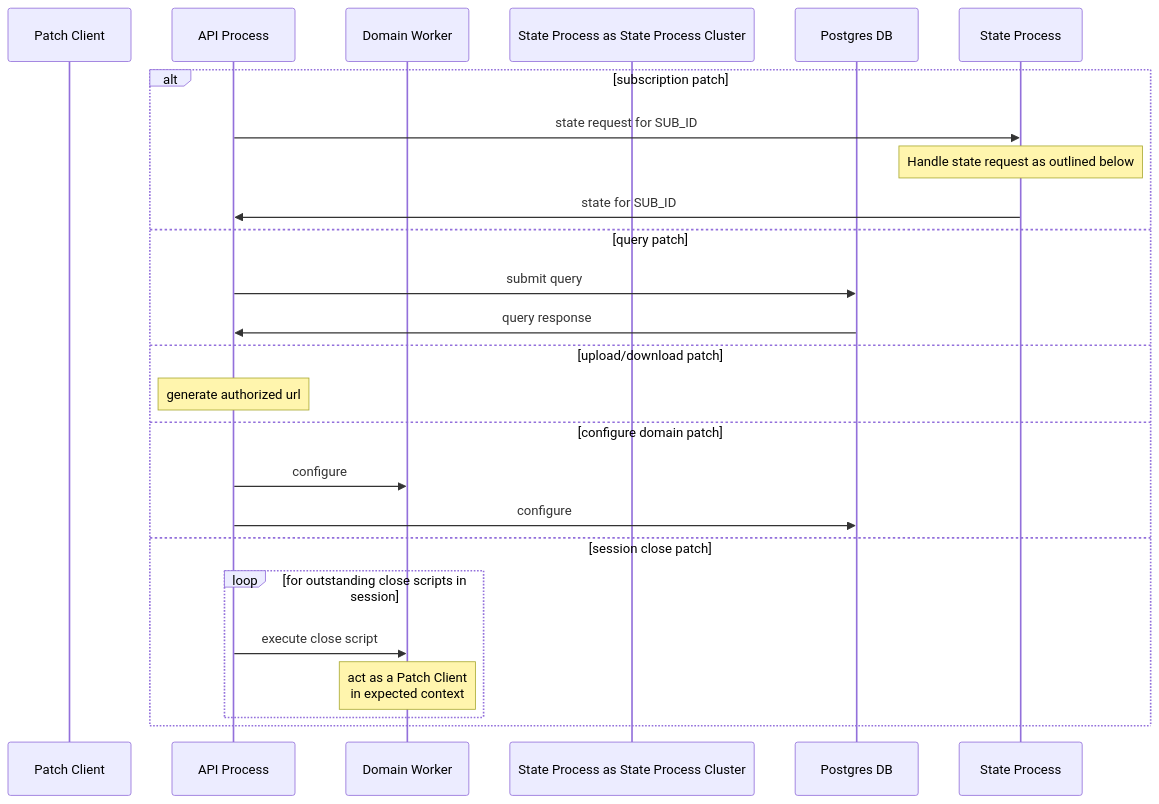
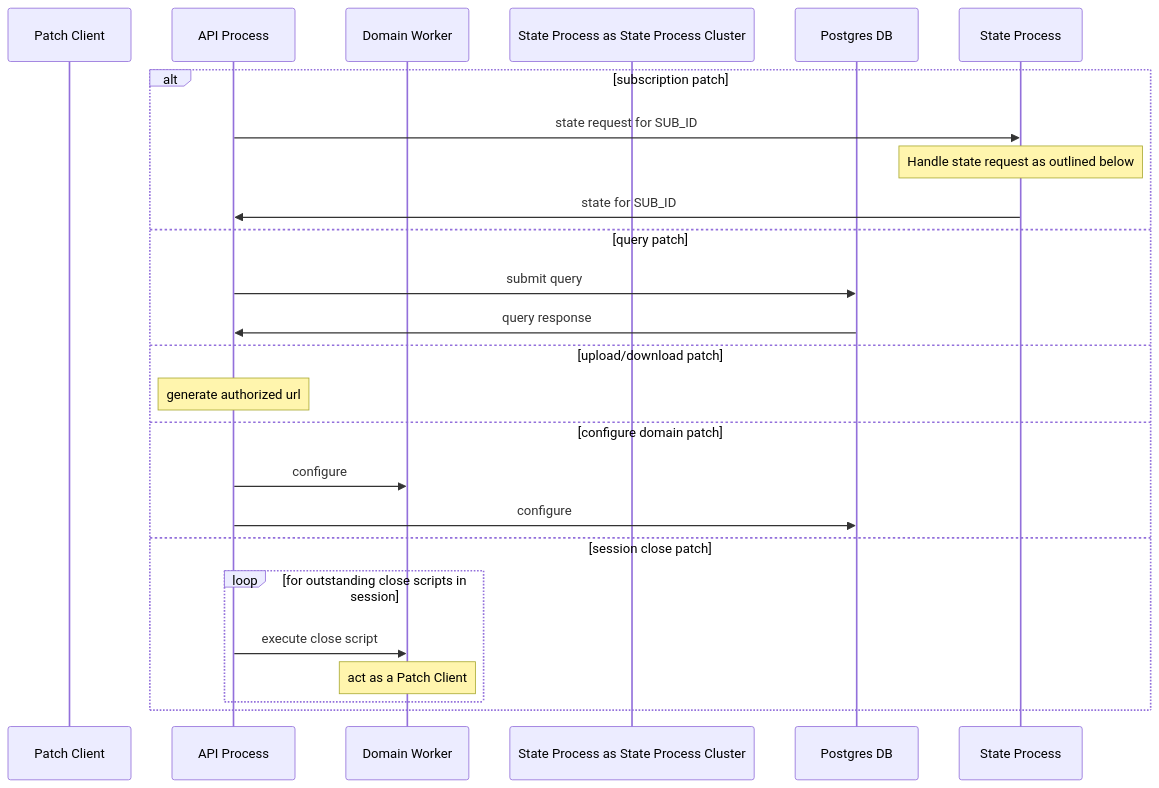
The second of 2 diagrams in README.md (knowlearning/platform), drawn with Mermaid before and after one commit. The commit also changed other lines of this file, not shown here.

Commit message:
Minor spec update

````diff
--- a/README.md
+++ b/README.md
@@ -76,27 +76,27 @@
 ```mermaid
 sequenceDiagram
   participant Patch Client
   participant API Process
   participant Domain Worker
   participant State Process as State Process Cluster
   participant Postgres DB
 
   alt subscription patch
     API Process ->> State Process: state request for SUB_ID
     Note over State Process: Handle state request as outlined below
     State Process ->> API Process: state for SUB_ID
   else query patch
     API Process ->> Postgres DB: submit query
     Postgres DB ->> API Process: query response
   else upload/download patch
     Note over API Process: generate authorized url
   else configure domain patch
     API Process ->> Domain Worker: configure
     API Process ->> Postgres DB: configure
   else session close patch
     loop for outstanding close scripts in session
       API Process ->> Domain Worker: execute close script
-      Note over Domain Worker: act as a Patch Client<br>in expected context
+      Note over Domain Worker: act as a Patch Client
     end
   end
 ```
````
